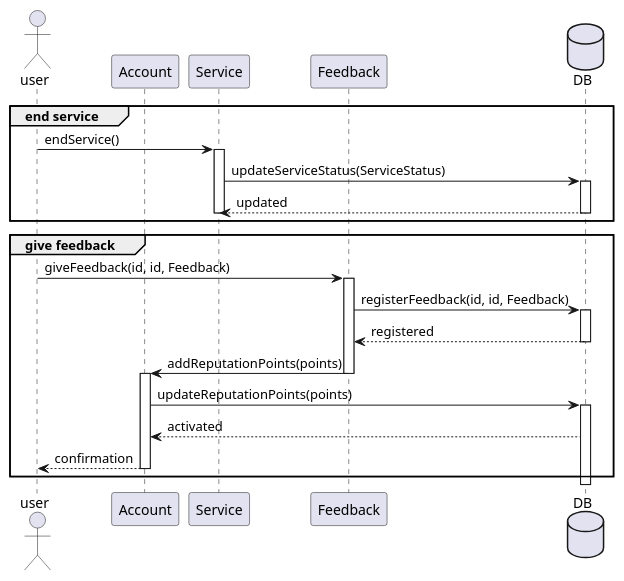
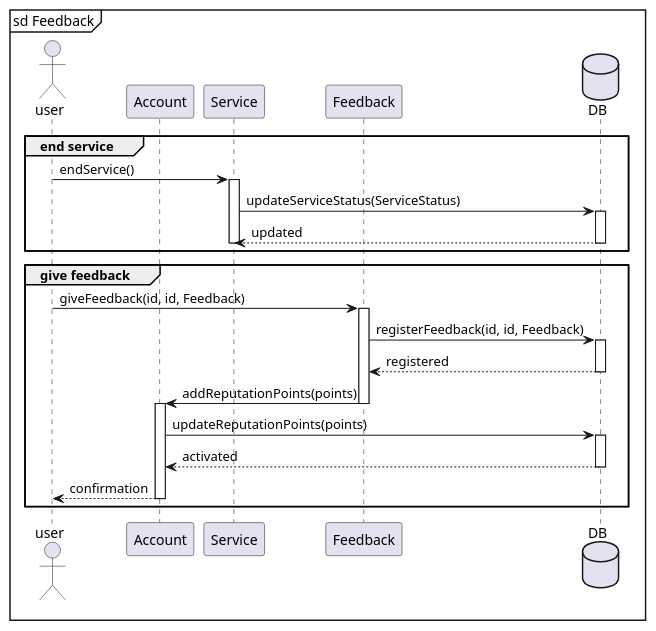
The diagram in sequenceDiagramFeedback.puml (ZDenizYStenhaug/swe573-Project), drawn with PlantUML before and after one commit. The commit also changed 1 other file, not shown here.

Commit message:
add mainframe

```diff
--- a/sequenceDiagramFeedback.puml
+++ b/sequenceDiagramFeedback.puml
@@ -1,36 +1,36 @@
 @startuml
-
+mainframe sd Feedback
 actor user
 participant Account
 participant Service
 participant Feedback
 database DB
 
 group end service
 user -> Service: endService()
 activate Service
 Service -> DB: updateServiceStatus(ServiceStatus)
 activate DB
 DB --> Service: updated
 deactivate DB
 deactivate Service
 end
 
 group give feedback
 user -> Feedback: giveFeedback(id, id, Feedback)
 activate Feedback
 Feedback -> DB: registerFeedback(id, id, Feedback)
 activate DB
 DB --> Feedback: registered
 deactivate DB
 Feedback -> Account: addReputationPoints(points)
 deactivate Feedback
 activate Account
 Account -> DB: updateReputationPoints(points)
 activate DB
 DB --> Account: activated
+deactivate DB
 Account --> user: confirmation
 deactivate Account
 end
-
 @enduml
```
